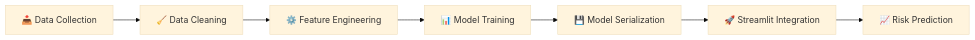
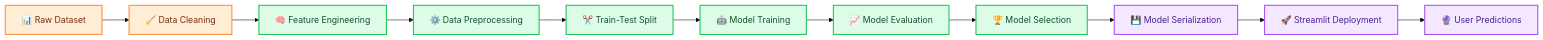
One commit to priyankalisa/maternal-health-preeclampsia-system changed the first of 2 diagrams in README.md. Above: the diagram before and after it, drawn with Mermaid (base theme). The commit also changed other lines of this file, not shown here.

First line of the commit message:
Revise README for Preeclampsia Prediction Project

````diff
--- a/README.md
+++ b/README.md
@@ -172,18 +134,24 @@
 ```mermaid
 flowchart LR
 
-    A[📥 Data Collection]
-    B[🧹 Data Cleaning]
-    C[⚙️ Feature Engineering]
-    D[📊 Model Training]
-    E[💾 Model Serialization]
-    F[🚀 Streamlit Integration]
-    G[📈 Risk Prediction]
+A[📊 Raw Dataset] --> B[🧹 Data Cleaning]
+B --> C[🧠 Feature Engineering]
+C --> D[⚙️ Data Preprocessing]
+D --> E[✂️ Train-Test Split]
+E --> F[🤖 Model Training]
+F --> G[📈 Model Evaluation]
+G --> H[🏆 Model Selection]
+H --> I[💾 Model Serialization]
+I --> J[🚀 Streamlit Deployment]
+J --> K[🔮 User Predictions]
 
-    A --> B
-    B --> C
-    C --> D
-    D --> E
-    E --> F
-    F --> G
+%% Styling
+classDef data fill:#FFEDD5,stroke:#FB923C,stroke-width:2px,color:#7C2D12;
+classDef process fill:#DBEAFE,stroke:#3B82F6,stroke-width:2px,color:#1E3A8A;
+classDef model fill:#DCFCE7,stroke:#22C55E,stroke-width:2px,color:#14532D;
+classDef deploy fill:#F3E8FF,stroke:#A855F7,stroke-width:2px,color:#4C1D95;
+
+class A,B data;
+class C,D,E,F,G,H model;
+class I,J,K deploy;
 ```
````
